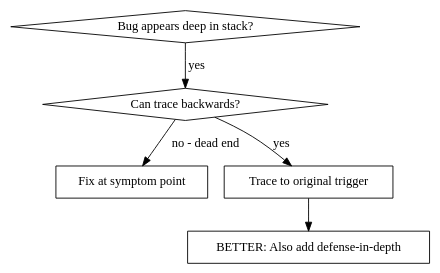
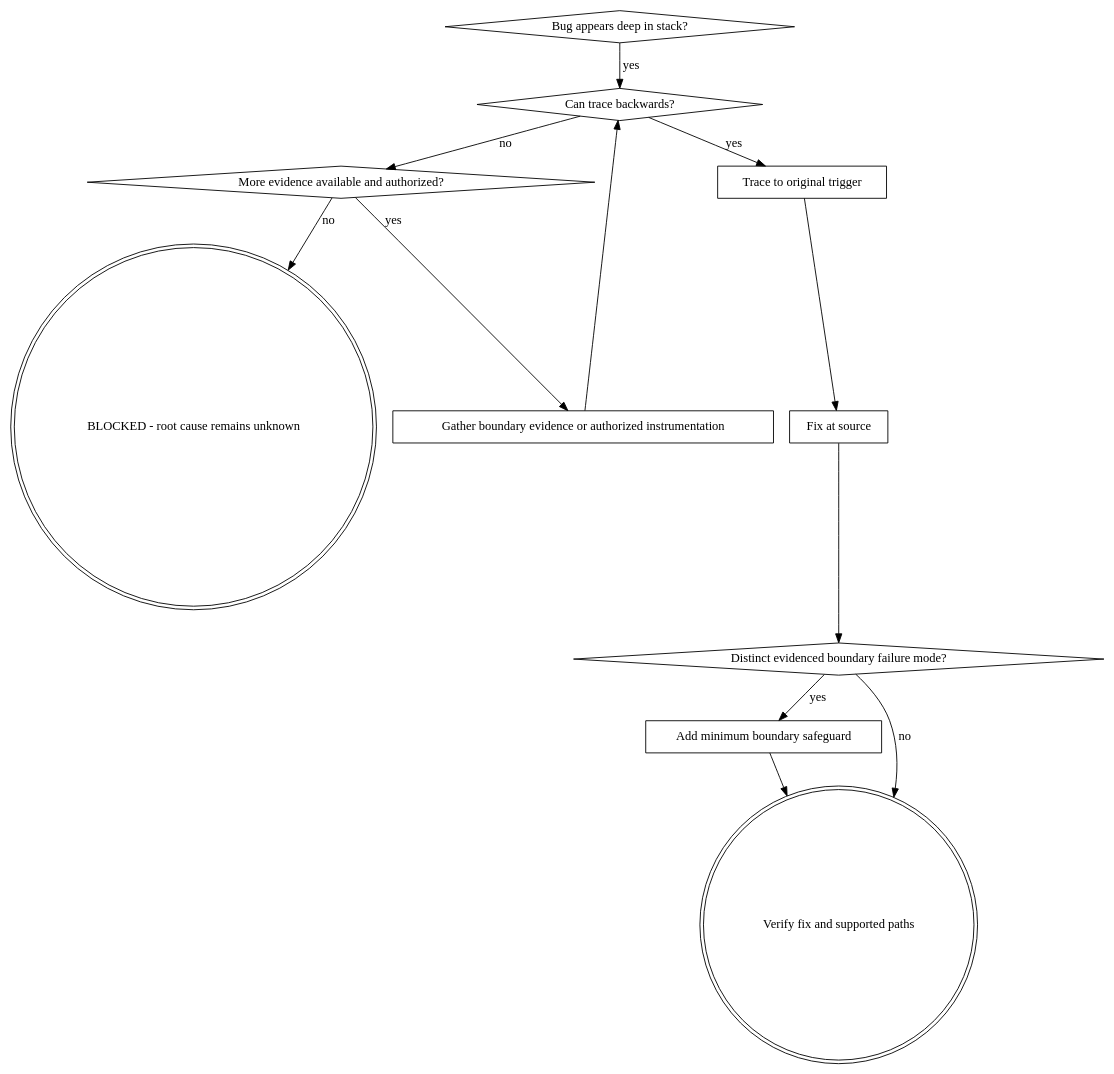
The first of 2 diagrams in superpowers-systematic-debugging-psilon/root-cause-tracing.md (Pzixel/superpowers-psilon), drawn with Graphviz before and after one commit. The commit also changed other lines of this file and 31 other files, not shown here.

````diff
--- a/superpowers-systematic-debugging-psilon/root-cause-tracing.md
+++ b/superpowers-systematic-debugging-psilon/root-cause-tracing.md
@@ -11,14 +11,26 @@
 ```dot
 digraph when_to_use {
     "Bug appears deep in stack?" [shape=diamond];
     "Can trace backwards?" [shape=diamond];
-    "Fix at symptom point" [shape=box];
+    "More evidence available and authorized?" [shape=diamond];
+    "Gather boundary evidence or authorized instrumentation" [shape=box];
+    "BLOCKED - root cause remains unknown" [shape=doublecircle];
     "Trace to original trigger" [shape=box];
-    "BETTER: Also add defense-in-depth" [shape=box];
+    "Fix at source" [shape=box];
+    "Distinct evidenced boundary failure mode?" [shape=diamond];
+    "Add minimum boundary safeguard" [shape=box];
+    "Verify fix and supported paths" [shape=doublecircle];
 
     "Bug appears deep in stack?" -> "Can trace backwards?" [label="yes"];
     "Can trace backwards?" -> "Trace to original trigger" [label="yes"];
-    "Can trace backwards?" -> "Fix at symptom point" [label="no - dead end"];
-    "Trace to original trigger" -> "BETTER: Also add defense-in-depth";
+    "Can trace backwards?" -> "More evidence available and authorized?" [label="no"];
+    "More evidence available and authorized?" -> "Gather boundary evidence or authorized instrumentation" [label="yes"];
+    "More evidence available and authorized?" -> "BLOCKED - root cause remains unknown" [label="no"];
+    "Gather boundary evidence or authorized instrumentation" -> "Can trace backwards?";
+    "Trace to original trigger" -> "Fix at source";
+    "Fix at source" -> "Distinct evidenced boundary failure mode?";
+    "Distinct evidenced boundary failure mode?" -> "Add minimum boundary safeguard" [label="yes"];
+    "Distinct evidenced boundary failure mode?" -> "Verify fix and supported paths" [label="no"];
+    "Add minimum boundary safeguard" -> "Verify fix and supported paths";
 }
 ```
````
